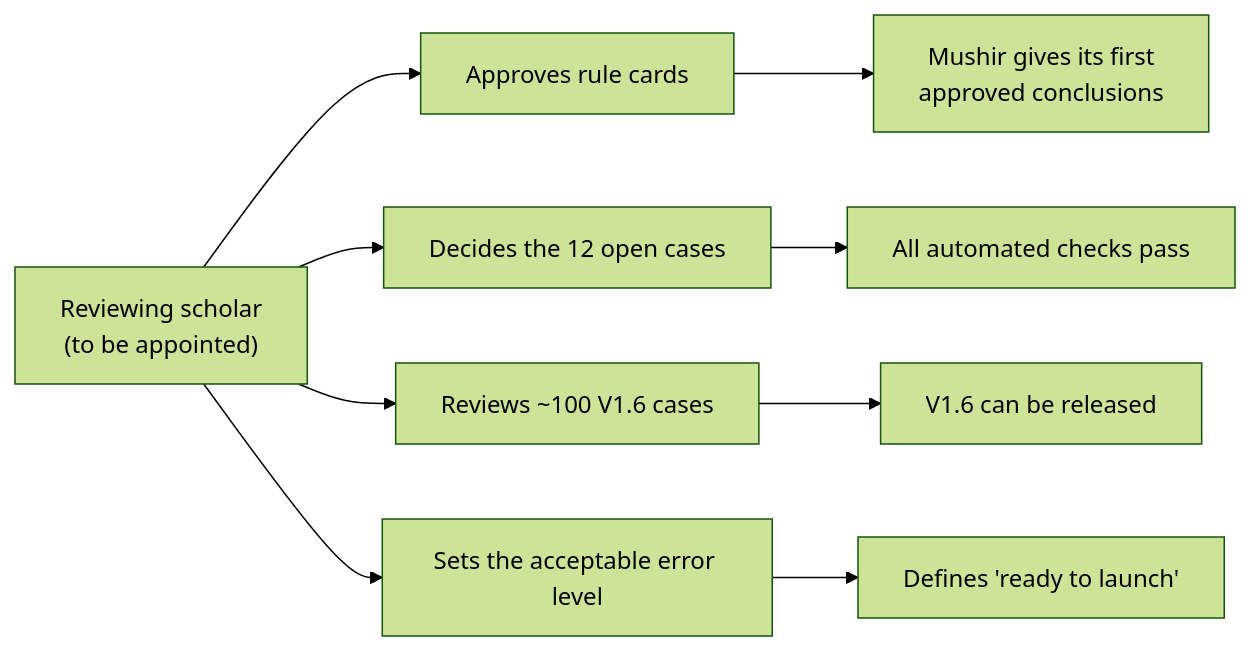
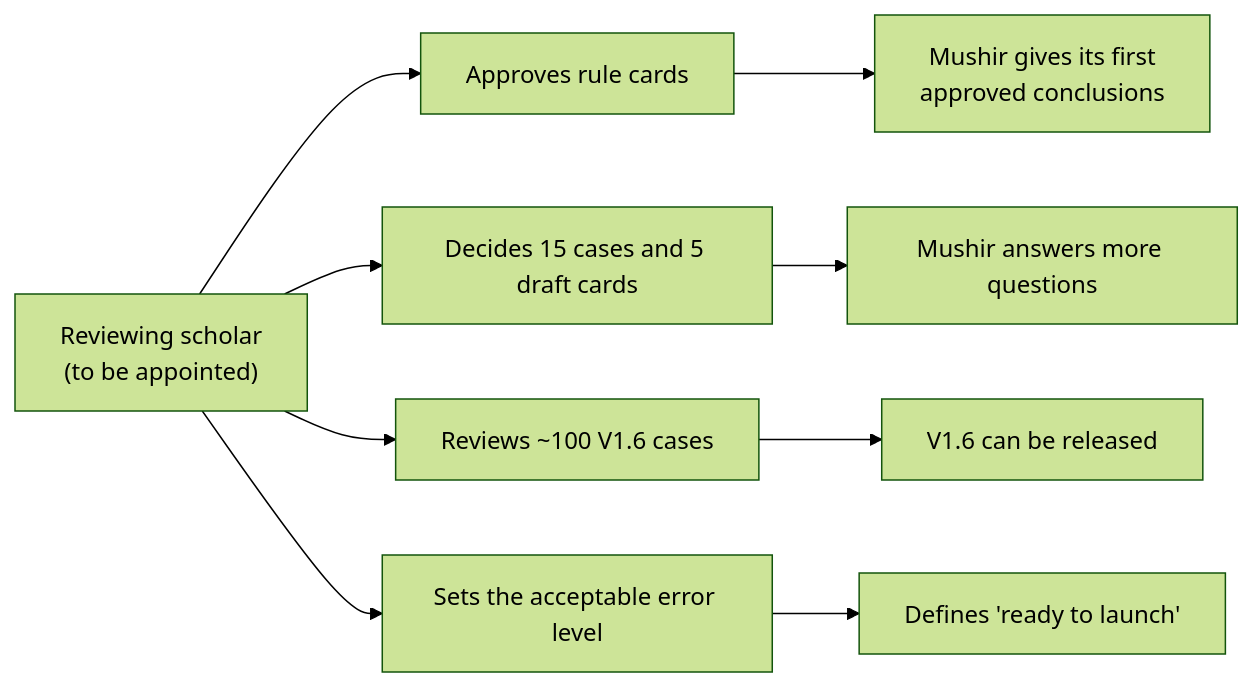
Before and after one commit to AhmedTElKodsh/Mushir-Sharia-Bot: the seventh of 9 diagrams in .planning/sharia-compliance-chatbot/docs/client-guide.md, drawn with Mermaid (forest theme). The commit also changed other lines of this file and 58 other files, not shown here.

````diff
--- a/.planning/sharia-compliance-chatbot/docs/client-guide.md
+++ b/.planning/sharia-compliance-chatbot/docs/client-guide.md
@@ -261,11 +262,11 @@
 ```mermaid
 flowchart LR
     Sch["Reviewing scholar<br/>(to be appointed)"] --> RC["Approves rule cards"]
-    Sch --> P12["Decides the 12 open cases"]
+    Sch --> P12["Decides 15 cases and 5 draft cards"]
     Sch --> FS["Reviews ~100 V1.6 cases"]
     Sch --> ER["Sets the acceptable error level"]
     RC --> Out1["Mushir gives its first<br/>approved conclusions"]
-    P12 --> Out2["All automated checks pass"]
+    P12 --> Out2["Mushir answers more questions"]
     FS --> Out3["V1.6 can be released"]
     ER --> Out4["Defines 'ready to launch'"]
 ```
````
